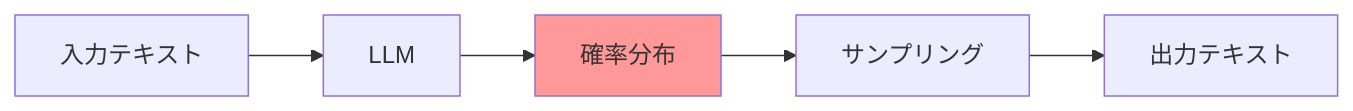
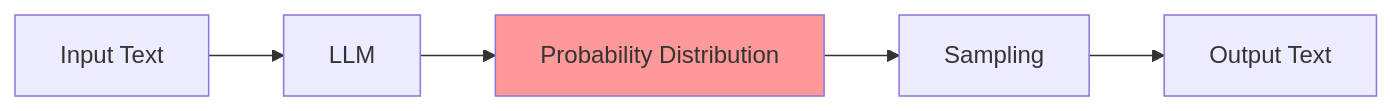
The first of 15 diagrams in docs/concepts/02-reference-sources.md (shuji-bonji/ai-agent-architecture), drawn with Mermaid before and after one commit. The commit also changed other lines of this file and 42 other files, not shown here.

````diff
--- a/docs/concepts/02-reference-sources.md
+++ b/docs/concepts/02-reference-sources.md
@@ -19,9 +21,9 @@
 ```mermaid
 flowchart LR
-    INPUT[入力テキスト] --> MODEL[LLM]
-    MODEL --> PROB[確率分布]
-    PROB --> SAMPLE[サンプリング]
-    SAMPLE --> OUTPUT[出力テキスト]
+    INPUT[Input Text] --> MODEL[LLM]
+    MODEL --> PROB[Probability Distribution]
+    PROB --> SAMPLE[Sampling]
+    SAMPLE --> OUTPUT[Output Text]
 
     style PROB fill:#ff9999
 ```
````
